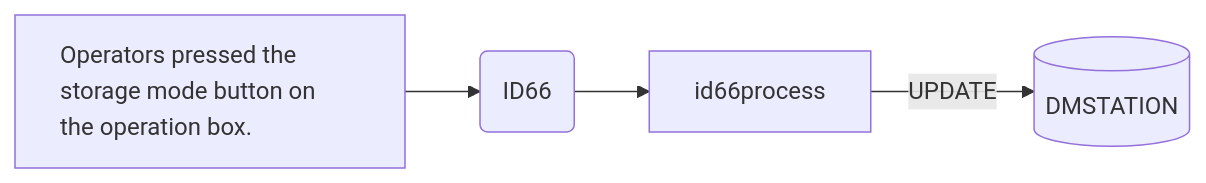
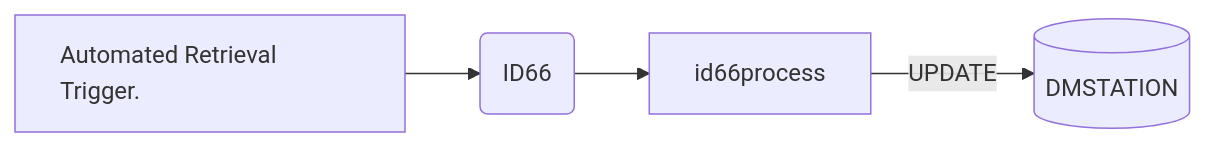
The second of 2 diagrams in Basic-Design/DFD-WMS/Retrieval/Stacked-Empty-Pallet.md (luthfiadityaa/SimeDarby-Wiki), drawn with Mermaid before and after one commit.

Commit message:
Updated Stacked Empty Pallet

```diff
--- a/Basic-Design/DFD-WMS/Retrieval/Stacked-Empty-Pallet.md
+++ b/Basic-Design/DFD-WMS/Retrieval/Stacked-Empty-Pallet.md
@@ -33,18 +33,18 @@
 ::: mermaid
 flowchart LR
     input[
-        Operators pressed the storage mode button on the operation box.      
+        Automated Retrieval Trigger.      
     ]
 
     id66msg("
      ID66
     ")
     tableList-update[("
         DMSTATION
     ")]
 
     input -->id66msg-->id66process--> |UPDATE| tableList-update
 
     classDef leftAlign text-align:left;
     class input leftAlign;
 :::
```
